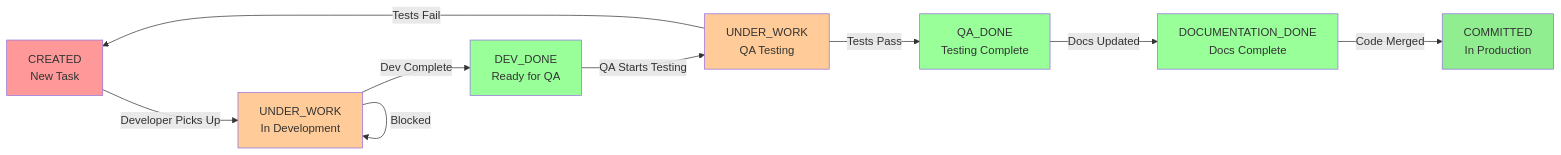
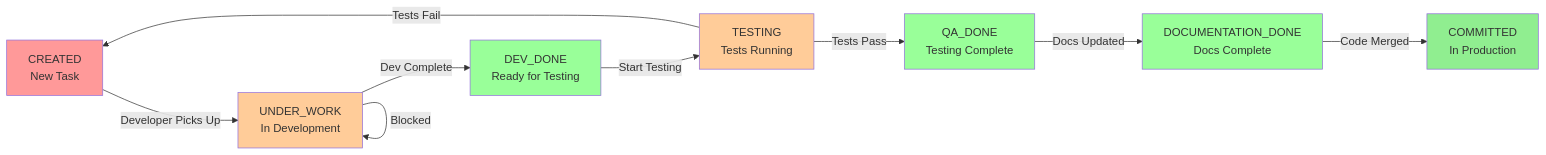
Before and after one commit to madviking/headless-pm: the diagram in docs/STATUS_FLOW_DIAGRAM.md, drawn with Mermaid. The commit also changed other lines of this file and 20 other files, not shown here.

````diff
--- a/docs/STATUS_FLOW_DIAGRAM.md
+++ b/docs/STATUS_FLOW_DIAGRAM.md
@@ -5,23 +5,23 @@
 ```mermaid
 graph LR
     CREATED[CREATED<br/>New Task] -->|Developer Picks Up| UNDER_WORK[UNDER_WORK<br/>In Development]
     
-    UNDER_WORK -->|Dev Complete| DEV_DONE[DEV_DONE<br/>Ready for QA]
+    UNDER_WORK -->|Dev Complete| DEV_DONE[DEV_DONE<br/>Ready for Testing]
     UNDER_WORK -->|Blocked| UNDER_WORK
     
-    DEV_DONE -->|QA Starts Testing| QA_TESTING[UNDER_WORK<br/>QA Testing]
-    QA_TESTING -->|Tests Pass| QA_DONE[QA_DONE<br/>Testing Complete]
-    QA_TESTING -->|Tests Fail| CREATED
+    DEV_DONE -->|Start Testing| TESTING[TESTING<br/>Tests Running]
+    TESTING -->|Tests Pass| QA_DONE[QA_DONE<br/>Testing Complete]
+    TESTING -->|Tests Fail| CREATED
     
     QA_DONE -->|Docs Updated| DOC_DONE[DOCUMENTATION_DONE<br/>Docs Complete]
     
     DOC_DONE -->|Code Merged| COMMITTED[COMMITTED<br/>In Production]
     
     style CREATED fill:#ff9999
     style UNDER_WORK fill:#ffcc99
     style DEV_DONE fill:#99ff99
-    style QA_TESTING fill:#ffcc99
+    style TESTING fill:#ffcc99
     style QA_DONE fill:#99ff99
     style DOC_DONE fill:#99ff99
     style COMMITTED fill:#90EE90
 ```
````
